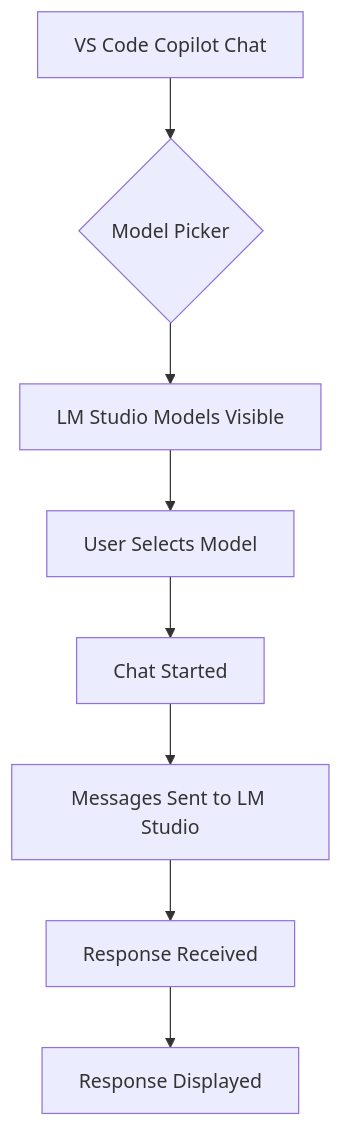
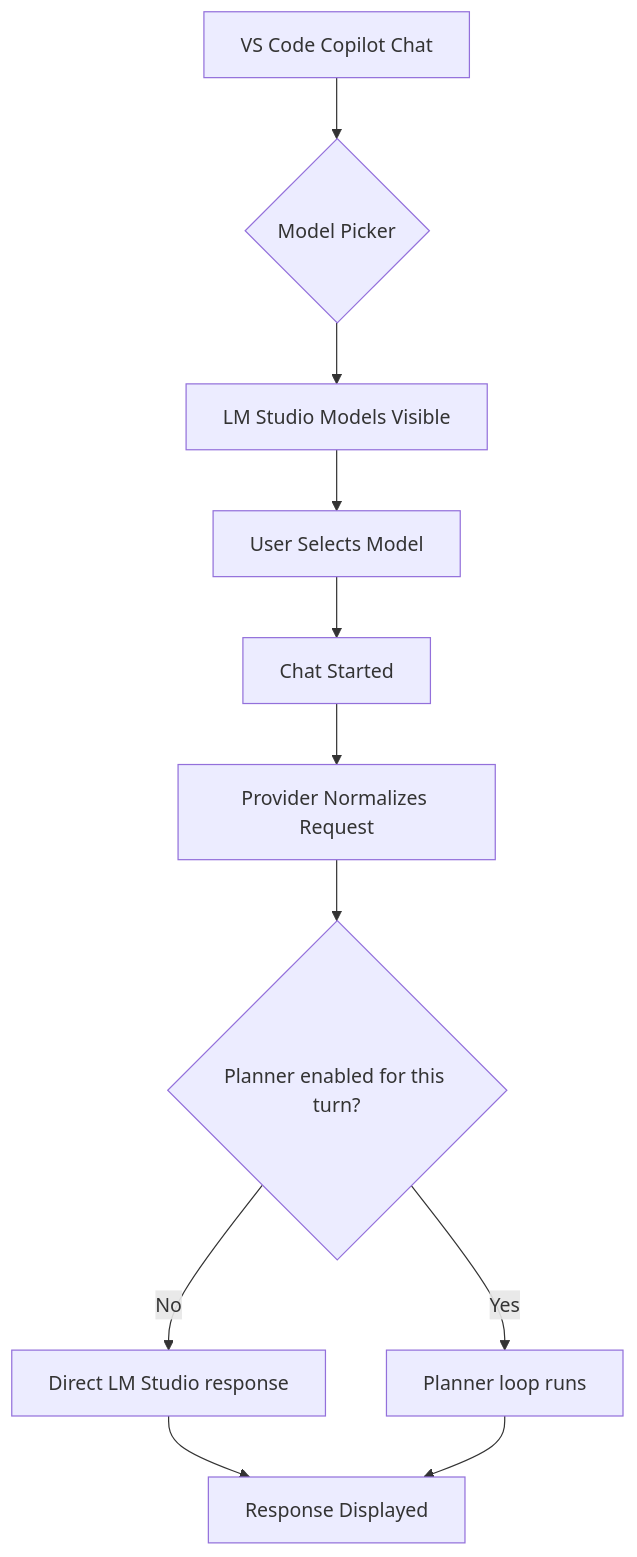
One commit to AuriR/lmstudio-byok changed the third of 5 diagrams in docs/Architecture.md. Above: the diagram before and after it, drawn with Mermaid. The commit also changed other lines of this file and 5 other files, not shown here.

````diff
--- a/docs/Architecture.md
+++ b/docs/Architecture.md
@@ -199,10 +239,13 @@
 ```mermaid
 flowchart TD
     A[VS Code Copilot Chat] --> B{Model Picker}
     B --> C[LM Studio Models Visible]
     C --> D[User Selects Model]
     D --> E[Chat Started]
-    E --> F[Messages Sent to LM Studio]
-    F --> G[Response Received]
-    G --> H[Response Displayed]
+    E --> F[Provider Normalizes Request]
+    F --> G{Planner enabled for this turn?}
+    G -- No --> H[Direct LM Studio response]
+    G -- Yes --> I[Planner loop runs]
+    H --> J[Response Displayed]
+    I --> J
 ```
````
